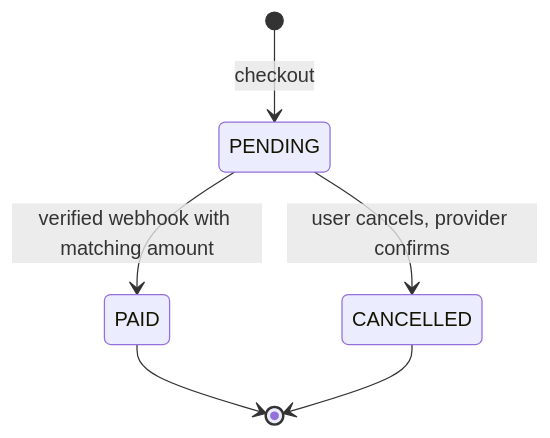
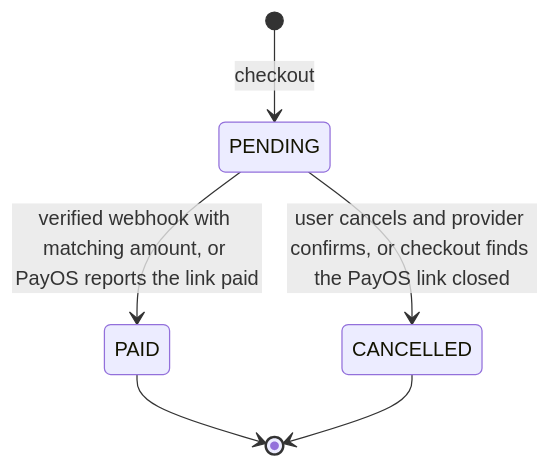
Before and after one commit to Phu0312/VeggiePal-Microservice: the tenth of 32 diagrams in docs/REPORT7_FINAL_PROJECT_REPORT.md, drawn with Mermaid. The commit also changed other lines of this file and 14 other files, not shown here.

````diff
--- a/docs/REPORT7_FINAL_PROJECT_REPORT.md
+++ b/docs/REPORT7_FINAL_PROJECT_REPORT.md
@@ -1115,8 +1095,8 @@
 ```mermaid
 stateDiagram-v2
     [*] --> PENDING : checkout
-    PENDING --> PAID : verified webhook with matching amount
-    PENDING --> CANCELLED : user cancels, provider confirms
+    PENDING --> PAID : verified webhook with matching amount, or PayOS reports the link paid
+    PENDING --> CANCELLED : user cancels and provider confirms, or checkout finds the PayOS link closed
     PAID --> [*]
     CANCELLED --> [*]
 ```
````
